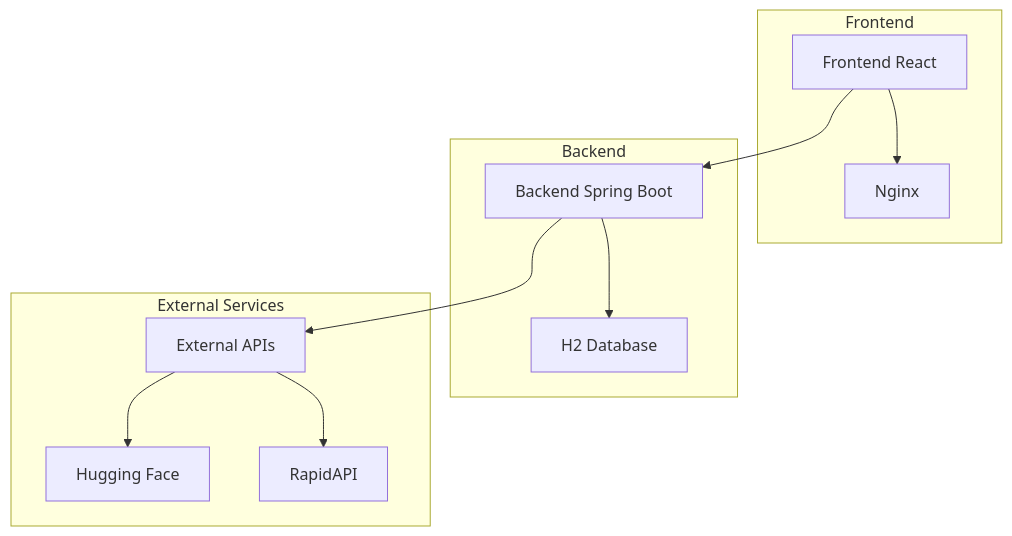
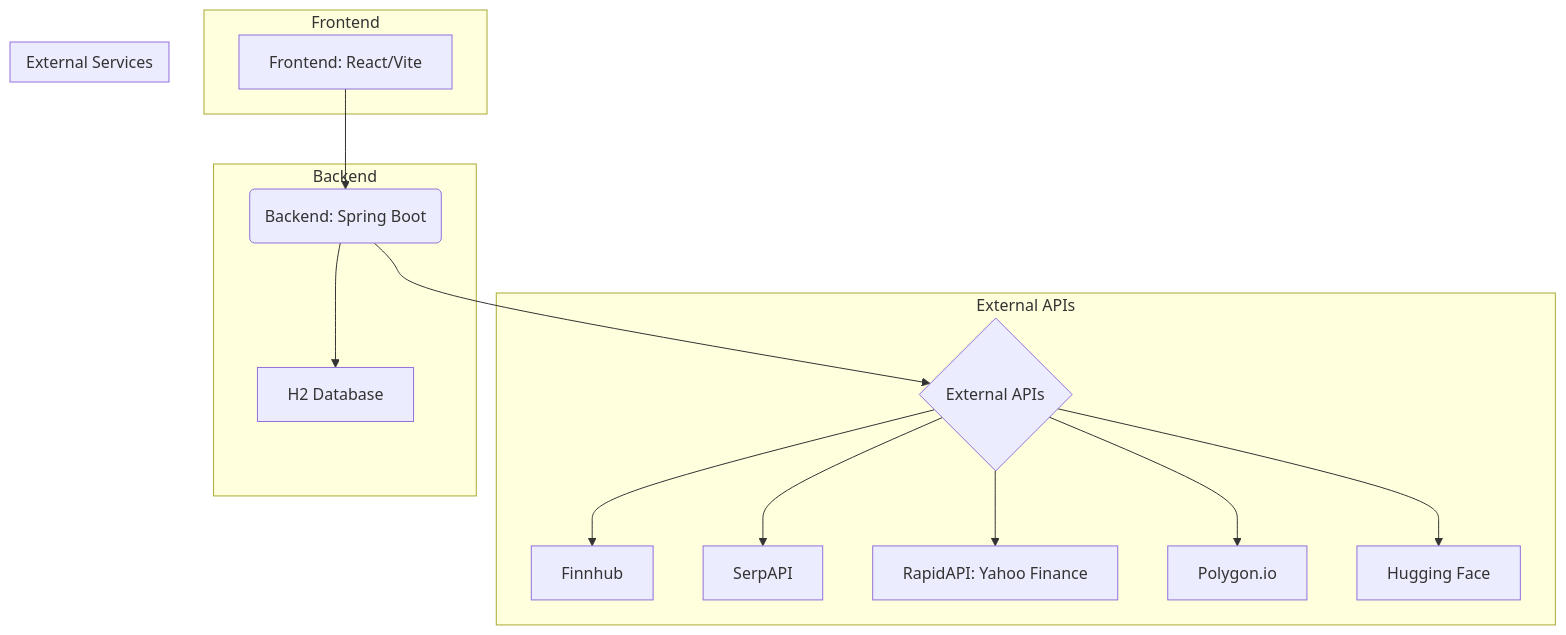
The diagram in README.md (AbaSheger/borsvy), drawn with Mermaid before and after one commit. The commit also changed other lines of this file and 2 other files, not shown here.

Commit message:
feat: Fix news API integration and update README

````diff
--- a/README.md
+++ b/README.md
@@ -8,25 +8,32 @@
 ```mermaid
 graph TD
-    A[Frontend React] --> B[Backend Spring Boot]
-    B --> C[External APIs]
-    C --> D[Hugging Face]
-    A --> E[Nginx]
-    B --> F[H2 Database]
-    C --> G[RapidAPI]
+    A[Frontend: React/Vite] --> B(Backend: Spring Boot);
+    B --> C{External APIs};
     
+    subgraph "External APIs"
+        C --> FIN[Finnhub];
+        C --> SERP[SerpAPI];
+        C --> RAPID[RapidAPI: Yahoo Finance];
+        C --> POLY[Polygon.io];
+        C --> HF[Hugging Face];
+    end
+    
+    B --> DB[H2 Database];
+
     subgraph Frontend
         A
-        E
     end
     
     subgraph Backend
         B
-        F
+        DB
     end
     
-    subgraph External Services
-        C
-        D
-        G
+    subgraph "External Services"
+        FIN
+        SERP
+        RAPID
+        POLY
+        HF
     end
 ```
````
